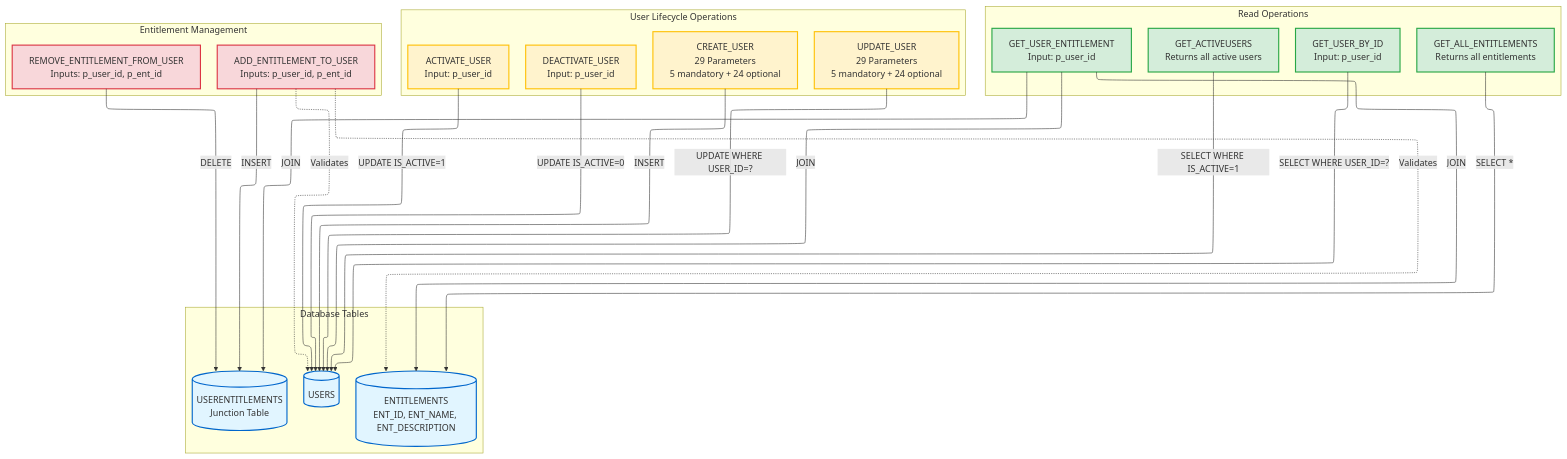
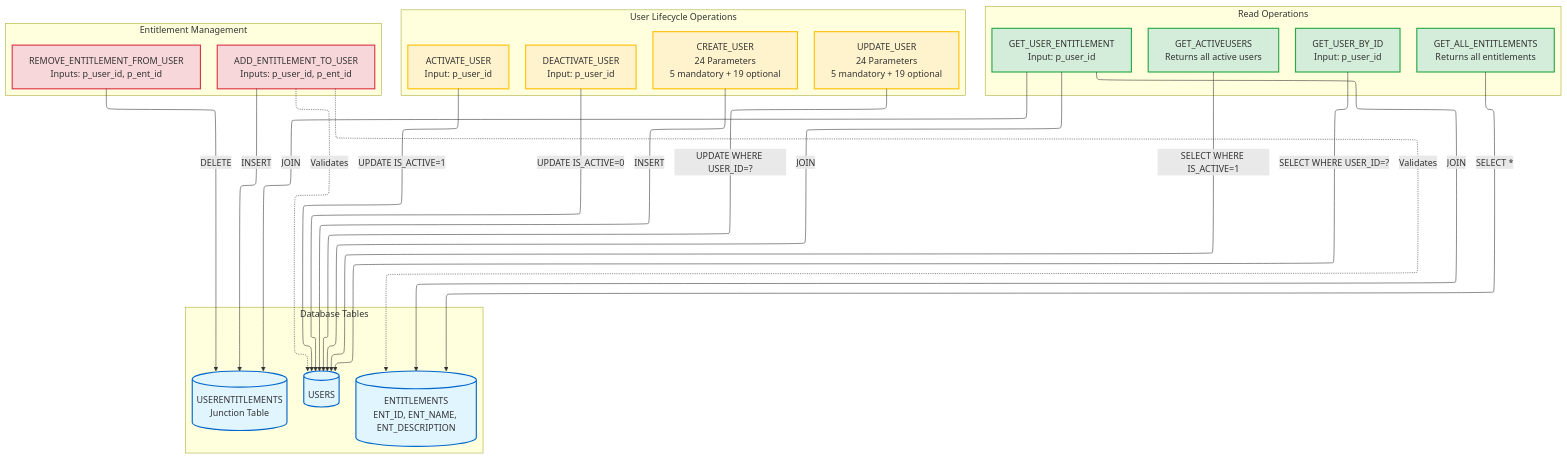
Before and after one commit to fabiograsso/okta-lab-onprem-jdbc: the second of 2 diagrams in doc/Okta_Provisioning_Configuration.md, drawn with Mermaid. The commit also changed other lines of this file and 1 other file, not shown here.

Commit message:
Fix stale field/parameter counts against the real schema
README.md and doc/Okta_Provisioning_Configuration.md listed USERS
fields (HONORIFICPREFIX, BIRTHDATE, POSTALADDRESS, EMERGENCYCONTACT,
WORKLOCATION, COSTCENTER) that don't exist in sql/init.sql, and quoted
CREATE_USER/UPDATE_USER as taking 29-30 parameters when the real
stored procedures (sql/stored_proc.sql) take 24. Also fixes a broken
test example in doc/Okta_Provisioning_Configuration.md that passed 29
positional args to a 24-parameter CREATE_USER call - would have failed
with a MySQL argument-count error if run as-is.

````diff
--- a/doc/Okta_Provisioning_Configuration.md
+++ b/doc/Okta_Provisioning_Configuration.md
@@ -1045,57 +1045,57 @@
 ```mermaid
 ---
 config:
   layout: elk
 ---
 flowchart TB
  subgraph s1["Database Tables"]
         USERENTITLEMENTS[("USERENTITLEMENTS<br>Junction Table")]
         ENTITLEMENTS[("ENTITLEMENTS<br>ENT_ID, ENT_NAME, ENT_DESCRIPTION")]
         USERS[("USERS")]
   end
  subgraph s2["Read Operations"]
         GET_USER_ENTITLEMENT["GET_USER_ENTITLEMENT<br>Input: p_user_id"]
         GET_ALL_ENTITLEMENTS["GET_ALL_ENTITLEMENTS<br>Returns all entitlements"]
         GET_USER_BY_ID["GET_USER_BY_ID<br>Input: p_user_id"]
         GET_ACTIVEUSERS["GET_ACTIVEUSERS<br>Returns all active users"]
   end
  subgraph s3["User Lifecycle Operations"]
         DEACTIVATE_USER["DEACTIVATE_USER<br>Input: p_user_id"]
         ACTIVATE_USER["ACTIVATE_USER<br>Input: p_user_id"]
-        UPDATE_USER["UPDATE_USER<br>29 Parameters<br>5 mandatory + 24 optional"]
-        CREATE_USER["CREATE_USER<br>29 Parameters<br>5 mandatory + 24 optional"]
+        UPDATE_USER["UPDATE_USER<br>24 Parameters<br>5 mandatory + 19 optional"]
+        CREATE_USER["CREATE_USER<br>24 Parameters<br>5 mandatory + 19 optional"]
   end
  subgraph s4["Entitlement Management"]
         REMOVE_ENTITLEMENT["REMOVE_ENTITLEMENT_FROM_USER<br>Inputs: p_user_id, p_ent_id"]
         ADD_ENTITLEMENT["ADD_ENTITLEMENT_TO_USER<br>Inputs: p_user_id, p_ent_id"]
   end
     GET_ACTIVEUSERS -- "SELECT WHERE IS_ACTIVE=1" --> USERS
     GET_USER_BY_ID -- "SELECT WHERE USER_ID=?" --> USERS
     GET_ALL_ENTITLEMENTS -- SELECT * --> ENTITLEMENTS
     GET_USER_ENTITLEMENT -- JOIN --> USERENTITLEMENTS & USERS & ENTITLEMENTS
     CREATE_USER -- INSERT --> USERS
     UPDATE_USER -- "UPDATE WHERE USER_ID=?" --> USERS
     ACTIVATE_USER -- "UPDATE IS_ACTIVE=1" --> USERS
     DEACTIVATE_USER -- "UPDATE IS_ACTIVE=0" --> USERS
     ADD_ENTITLEMENT -- INSERT --> USERENTITLEMENTS
     ADD_ENTITLEMENT -. Validates .-> USERS & ENTITLEMENTS
     REMOVE_ENTITLEMENT -- DELETE --> USERENTITLEMENTS
 
      USERS:::tableStyle
      ENTITLEMENTS:::tableStyle
      USERENTITLEMENTS:::tableStyle
      GET_ACTIVEUSERS:::readStyle
      GET_USER_BY_ID:::readStyle
      GET_ALL_ENTITLEMENTS:::readStyle
      GET_USER_ENTITLEMENT:::readStyle
      CREATE_USER:::lifecycleStyle
      UPDATE_USER:::lifecycleStyle
      ACTIVATE_USER:::lifecycleStyle
      DEACTIVATE_USER:::lifecycleStyle
      ADD_ENTITLEMENT:::entitlementStyle
      REMOVE_ENTITLEMENT:::entitlementStyle
     classDef tableStyle fill:#e1f5ff,stroke:#0066cc,stroke-width:2px
     classDef readStyle fill:#d4edda,stroke:#28a745,stroke-width:2px
     classDef lifecycleStyle fill:#fff3cd,stroke:#ffc107,stroke-width:2px
     classDef entitlementStyle fill:#f8d7da,stroke:#dc3545,stroke-width:2px
 ```
````
